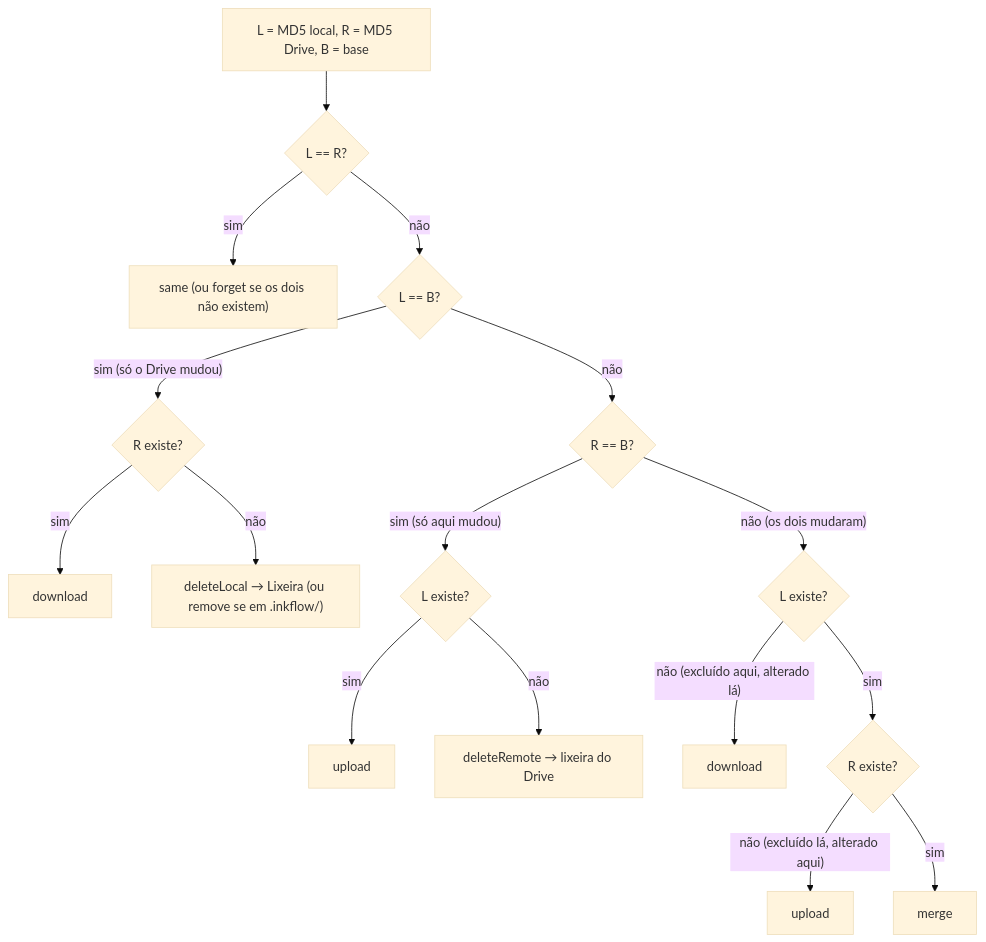
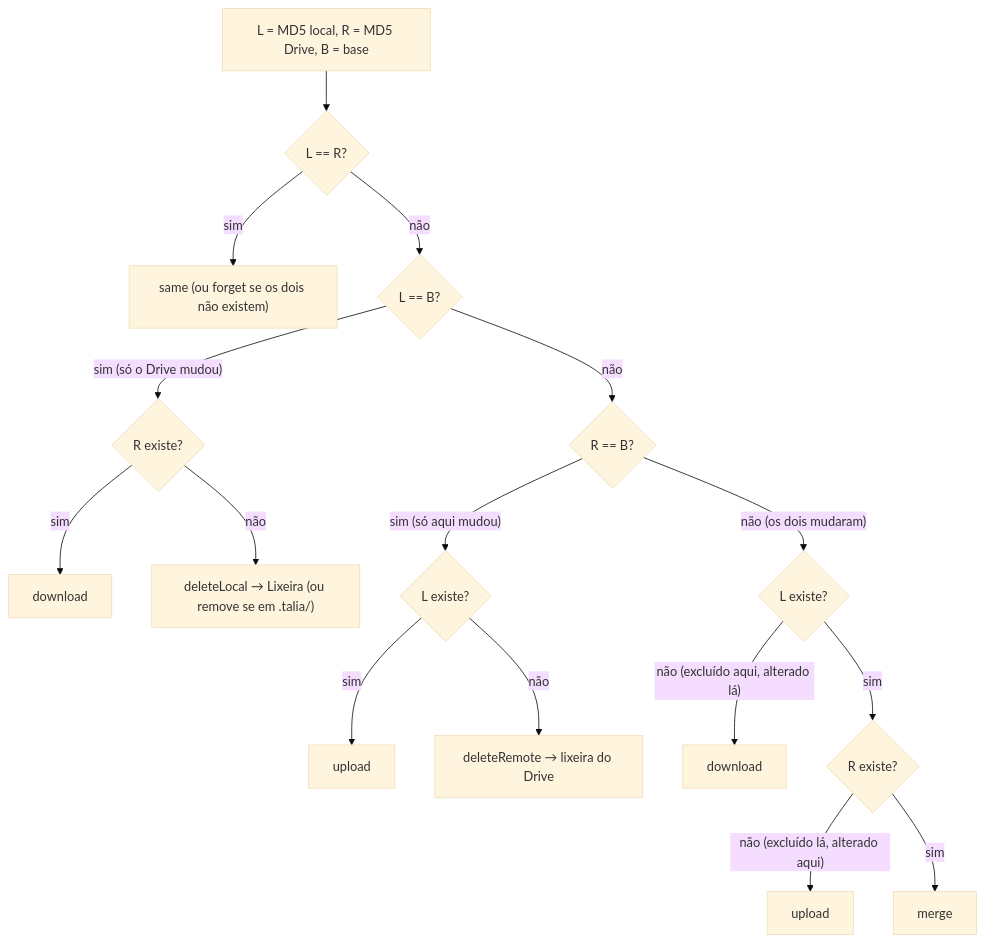
One commit to Marcosdeobjunior/projetc changed the fifth of 6 diagrams in docs/arquitetura.md. Above: the diagram before and after it, drawn with Mermaid (base theme). The commit also changed other lines of this file and 33 other files, not shown here.

First line of the commit message:
Rename internal inkflow names to talia

````diff
--- a/docs/arquitetura.md
+++ b/docs/arquitetura.md
@@ -530,18 +530,18 @@
 ```mermaid
 flowchart TD
   A["L = MD5 local, R = MD5 Drive, B = base"] --> B1{L == R?}
   B1 -- sim --> S1["same (ou forget se os dois não existem)"]
   B1 -- não --> B2{L == B?}
   B2 -- "sim (só o Drive mudou)" --> S2{"R existe?"}
   S2 -- sim --> D1[download]
-  S2 -- não --> D2["deleteLocal → Lixeira (ou remove se em .inkflow/)"]
+  S2 -- não --> D2["deleteLocal → Lixeira (ou remove se em .talia/)"]
   B2 -- não --> B3{R == B?}
   B3 -- "sim (só aqui mudou)" --> S3{"L existe?"}
   S3 -- sim --> U1[upload]
   S3 -- não --> U2["deleteRemote → lixeira do Drive"]
   B3 -- "não (os dois mudaram)" --> B4{L existe?}
   B4 -- "não (excluído aqui, alterado lá)" --> D3[download]
   B4 -- sim --> B5{R existe?}
   B5 -- "não (excluído lá, alterado aqui)" --> U3[upload]
   B5 -- sim --> M[merge]
 ```
````
